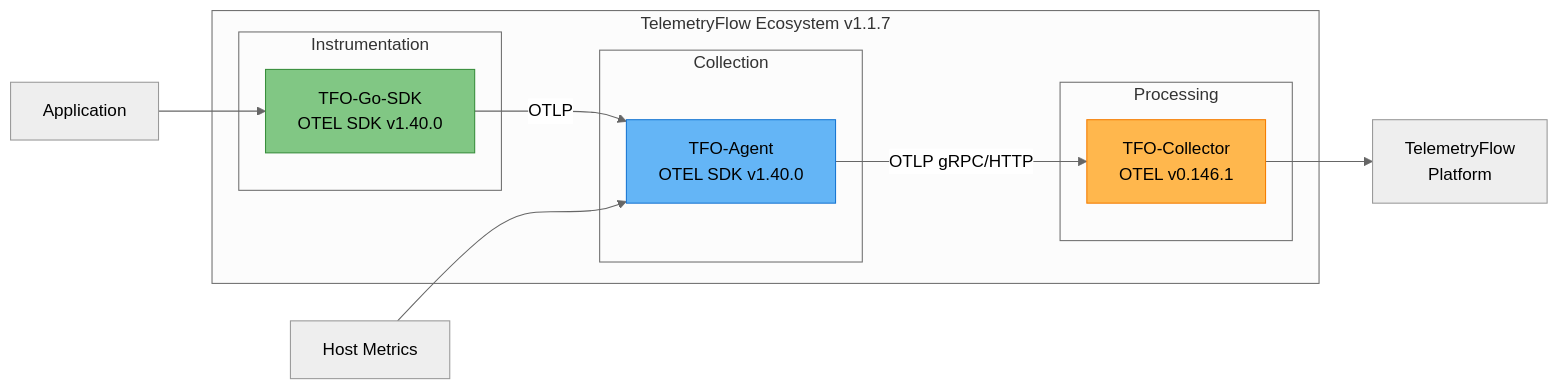
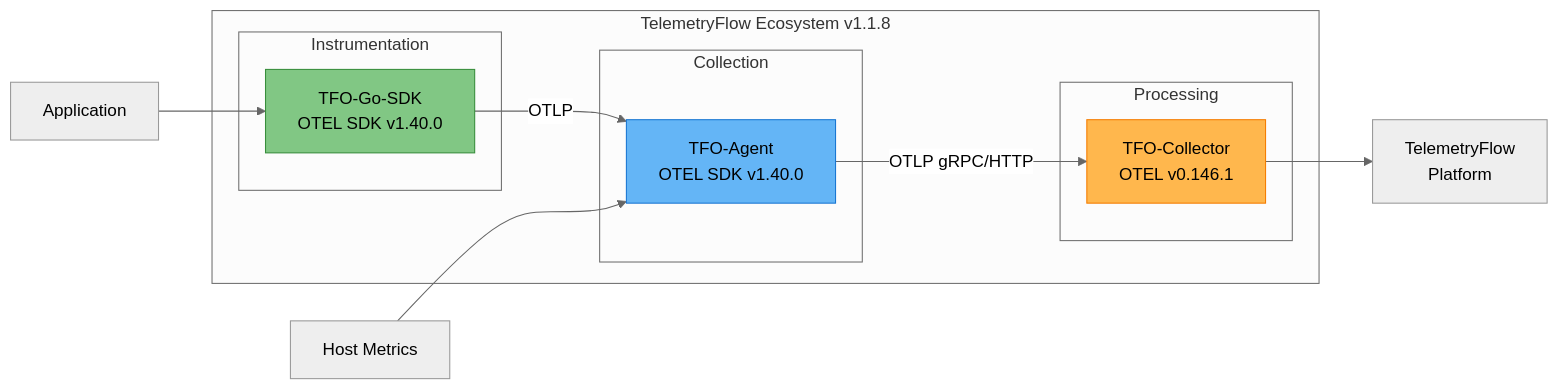
Before and after one commit to telemetryflow/telemetryflow-agent: the diagram in README.md, drawn with Mermaid (neutral theme). The commit also changed other lines of this file and 16 other files, not shown here.

````diff
--- a/README.md
+++ b/README.md
@@ -33,26 +33,26 @@
 ```mermaid
 graph LR
-    subgraph "TelemetryFlow Ecosystem v1.1.7"
+    subgraph "TelemetryFlow Ecosystem v1.1.8"
         subgraph "Instrumentation"
             SDK[TFO-Go-SDK<br/>OTEL SDK v1.40.0]
         end
 
         subgraph "Collection"
             AGENT[TFO-Agent<br/>OTEL SDK v1.40.0]
         end
 
         subgraph "Processing"
             COLLECTOR[TFO-Collector<br/>OTEL v0.146.1]
         end
     end
 
     APP[Application] --> SDK
     SDK -->|OTLP| AGENT
     HOST[Host Metrics] --> AGENT
     AGENT -->|OTLP gRPC/HTTP| COLLECTOR
     COLLECTOR --> BACKEND[TelemetryFlow<br/>Platform]
 
     style SDK fill:#81C784,stroke:#388E3C
     style AGENT fill:#64B5F6,stroke:#1976D2
     style COLLECTOR fill:#FFB74D,stroke:#F57C00
 ```
````
